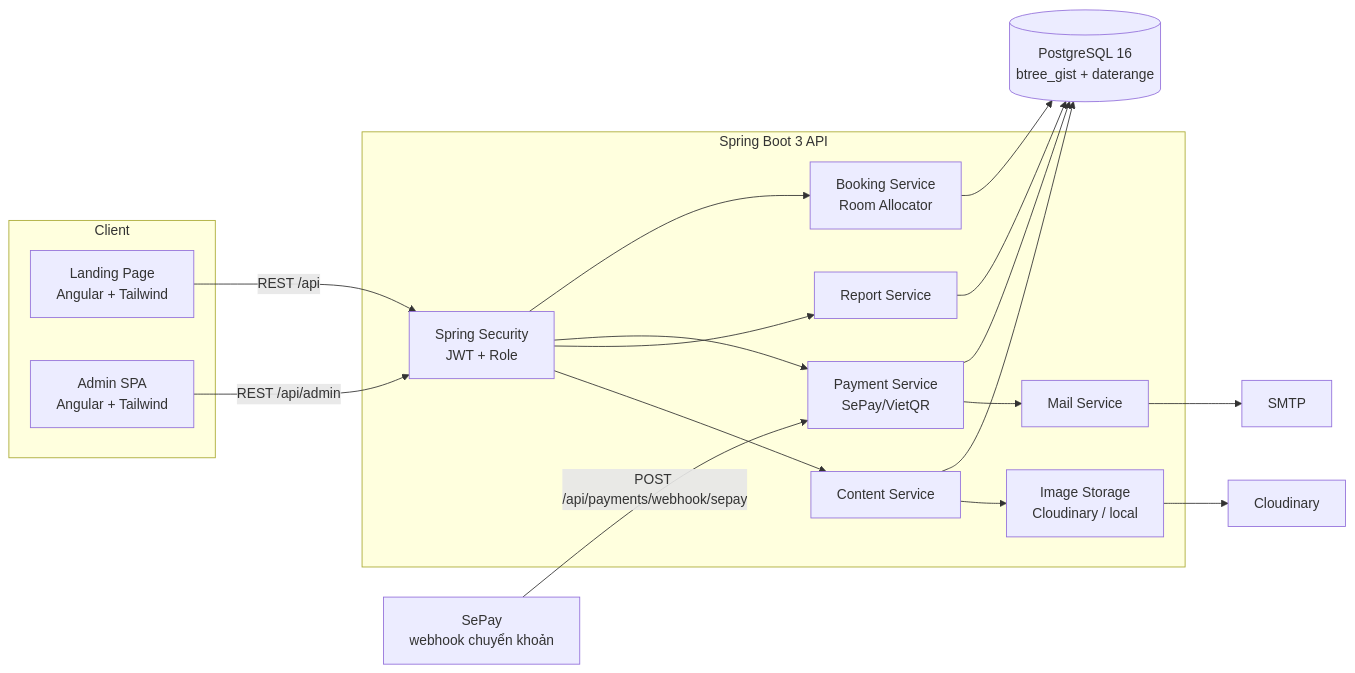
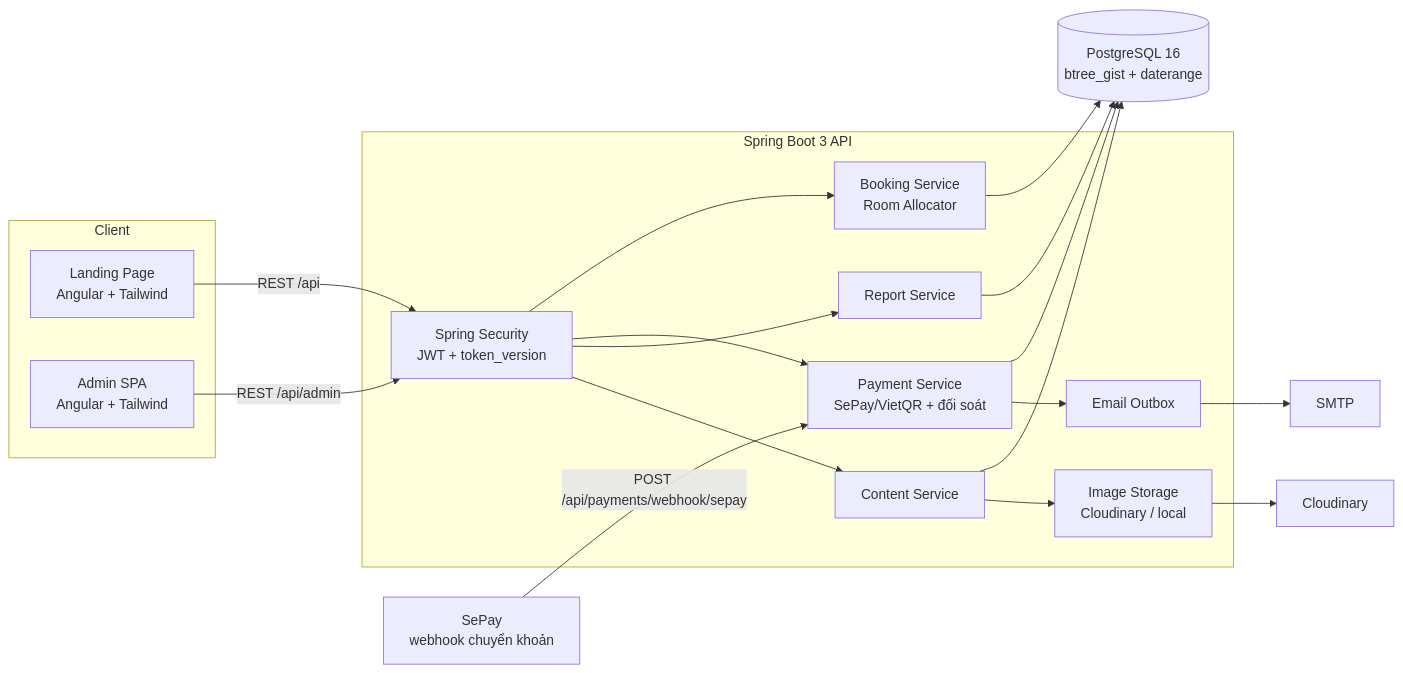
Before and after one commit to nhquan403/Project-Final-TVU: the first of 2 diagrams in plans/260907-1304-homestay-tvh-booking/plan.md, drawn with Mermaid. The commit also changed other lines of this file and 9 other files, not shown here.

````diff
--- a/plans/260907-1304-homestay-tvh-booking/plan.md
+++ b/plans/260907-1304-homestay-tvh-booking/plan.md
@@ -41,31 +42,31 @@
 ```mermaid
 flowchart LR
     subgraph Client
       LP["Landing Page<br/>Angular + Tailwind"]
       AD["Admin SPA<br/>Angular + Tailwind"]
     end
     subgraph Server["Spring Boot 3 API"]
-      SEC["Spring Security<br/>JWT + Role"]
+      SEC["Spring Security<br/>JWT + token_version"]
       BK["Booking Service<br/>Room Allocator"]
-      PAY["Payment Service<br/>SePay/VietQR"]
+      PAY["Payment Service<br/>SePay/VietQR + đối soát"]
       RPT["Report Service"]
       CMS["Content Service"]
-      MAIL["Mail Service"]
+      MAIL["Email Outbox"]
       IMG["Image Storage<br/>Cloudinary / local"]
     end
     DB[("PostgreSQL 16<br/>btree_gist + daterange")]
     SEPAY["SePay<br/>webhook chuyển khoản"]
     CLD["Cloudinary"]
     SMTP["SMTP"]
 
     LP -->|REST /api| SEC
     AD -->|REST /api/admin| SEC
     SEC --> BK & PAY & RPT & CMS
     BK --> DB
     PAY --> DB
     RPT --> DB
     CMS --> DB
     PAY --> MAIL --> SMTP
     CMS --> IMG --> CLD
     SEPAY -->|POST /api/payments/webhook/sepay| PAY
 ```
````
